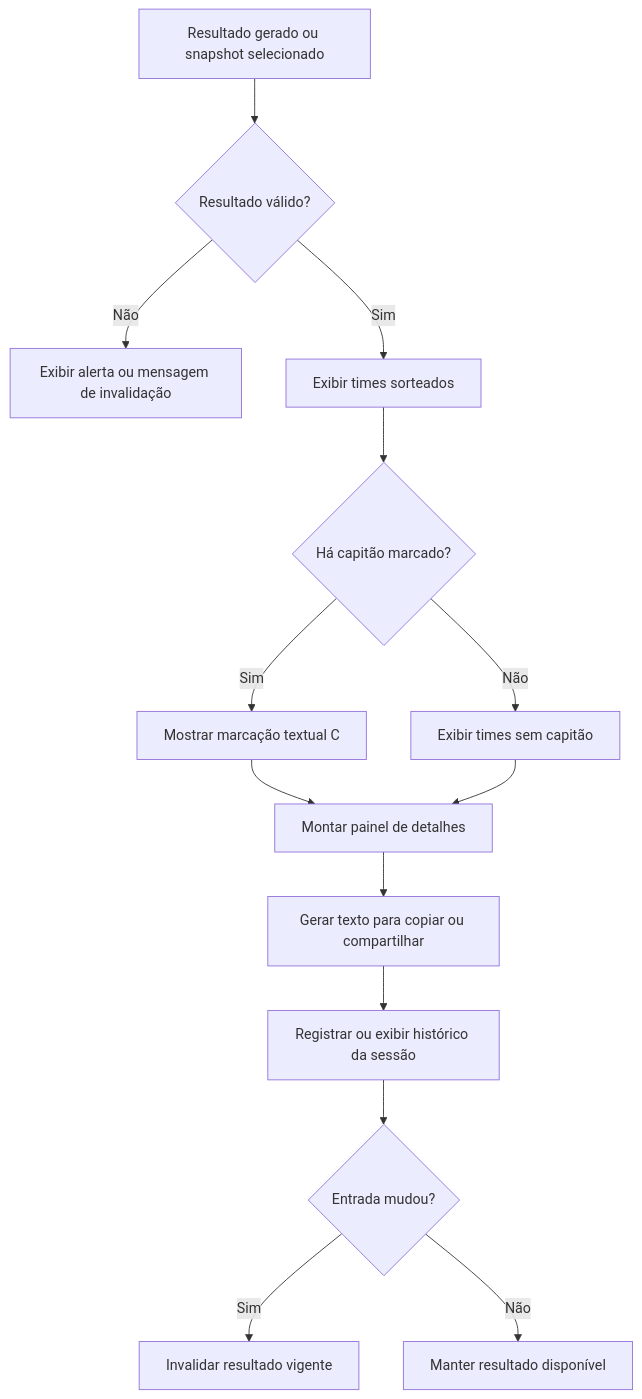
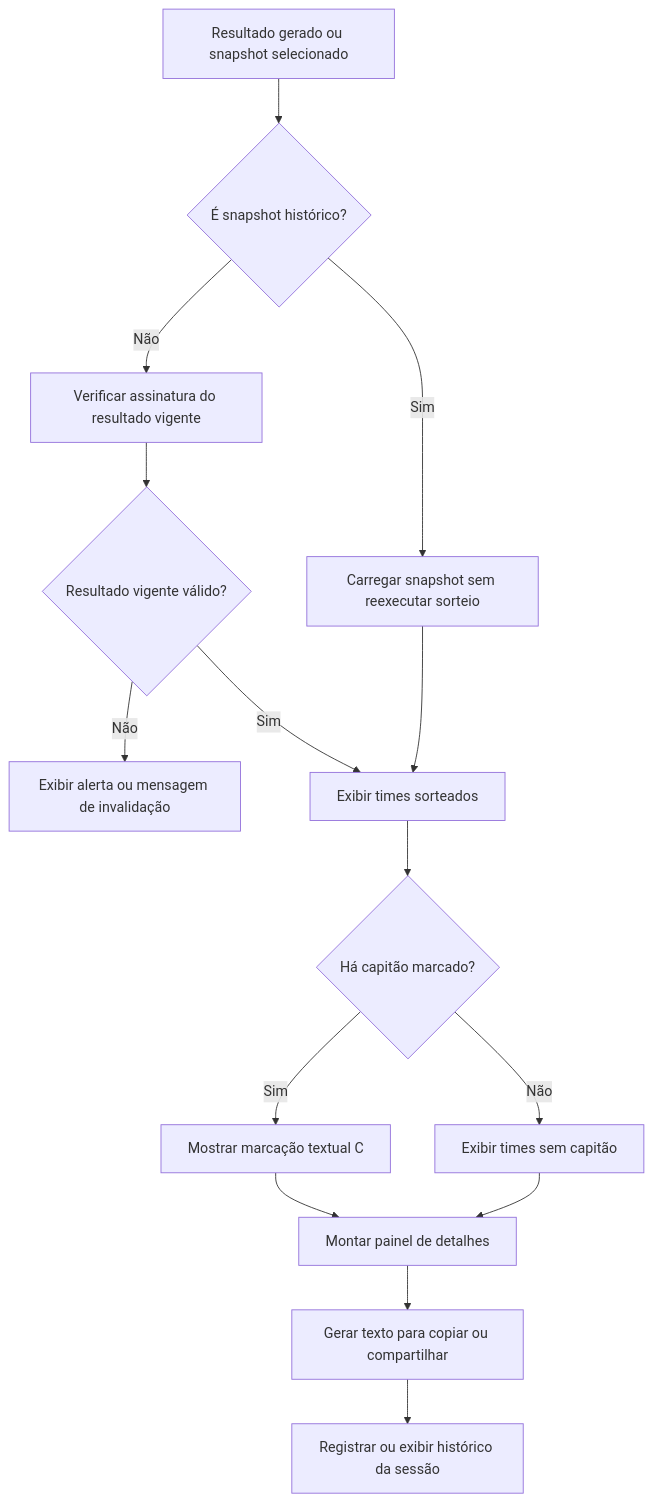
Before and after one commit to WevertonGomesCosta/sorteador-pelada: the diagram in docs/contracts/etapas/ETAPA_08_RESULTADO_COMPARTILHAMENTO_E_HISTORICO.md, drawn with Mermaid.

Commit message:
v142: ajusta fluxograma da etapa 08

````diff
--- a/docs/contracts/etapas/ETAPA_08_RESULTADO_COMPARTILHAMENTO_E_HISTORICO.md
+++ b/docs/contracts/etapas/ETAPA_08_RESULTADO_COMPARTILHAMENTO_E_HISTORICO.md
@@ -20,16 +20,17 @@
 ```mermaid
 flowchart TD
-    A[Resultado gerado ou snapshot selecionado] --> B{Resultado válido?}
-    B -- Não --> C[Exibir alerta ou mensagem de invalidação]
-    B -- Sim --> D[Exibir times sorteados]
-    D --> E{Há capitão marcado?}
-    E -- Sim --> F[Mostrar marcação textual C]
-    E -- Não --> G[Exibir times sem capitão]
-    F --> H[Montar painel de detalhes]
-    G --> H
-    H --> I[Gerar texto para copiar ou compartilhar]
-    I --> J[Registrar ou exibir histórico da sessão]
-    J --> K{Entrada mudou?}
-    K -- Sim --> L[Invalidar resultado vigente]
-    K -- Não --> M[Manter resultado disponível]
+    A[Resultado gerado ou snapshot selecionado] --> B{É snapshot histórico?}
+    B -- Sim --> C[Carregar snapshot sem reexecutar sorteio]
+    B -- Não --> D[Verificar assinatura do resultado vigente]
+    D --> E{Resultado vigente válido?}
+    E -- Não --> F[Exibir alerta ou mensagem de invalidação]
+    E -- Sim --> G[Exibir times sorteados]
+    C --> G
+    G --> H{Há capitão marcado?}
+    H -- Sim --> I[Mostrar marcação textual C]
+    H -- Não --> J[Exibir times sem capitão]
+    I --> K[Montar painel de detalhes]
+    J --> K
+    K --> L[Gerar texto para copiar ou compartilhar]
+    L --> M[Registrar ou exibir histórico da sessão]
 ```
````
